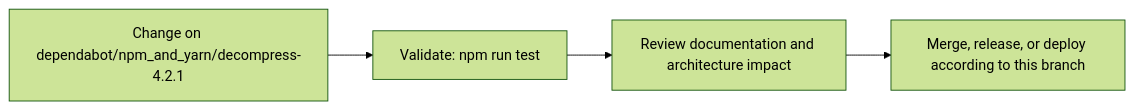
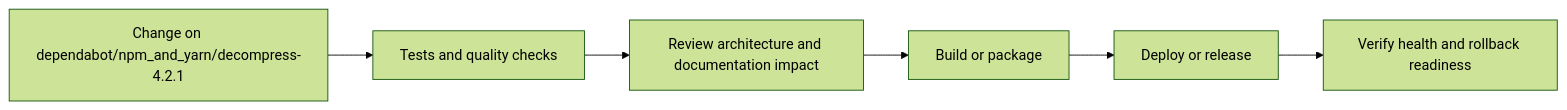
One commit to Nischhalsubba/rismfp-ui changed the fourth of 5 diagrams in README.md. Above: the diagram before and after it, drawn with Mermaid (forest theme). The commit also changed other lines of this file, not shown here.

````diff
--- a/README.md
+++ b/README.md
@@ -66,8 +135,8 @@
 ```mermaid
 flowchart LR
-    CHANGE["Change on dependabot/npm_and_yarn/decompress-4.2.1"]
-    CHECK["Validate: npm run test"]
-    REVIEW["Review documentation and architecture impact"]
-    RELEASE["Merge, release, or deploy according to this branch"]
-    CHANGE --> CHECK --> REVIEW --> RELEASE
+    CHANGE["Change on dependabot/npm_and_yarn/decompress-4.2.1"] --> CHECK["Tests and quality checks"]
+    CHECK --> REVIEW["Review architecture and documentation impact"]
+    REVIEW --> BUILD["Build or package"]
+    BUILD --> DEPLOY["Deploy or release"]
+    DEPLOY --> VERIFY["Verify health and rollback readiness"]
 ```
````
